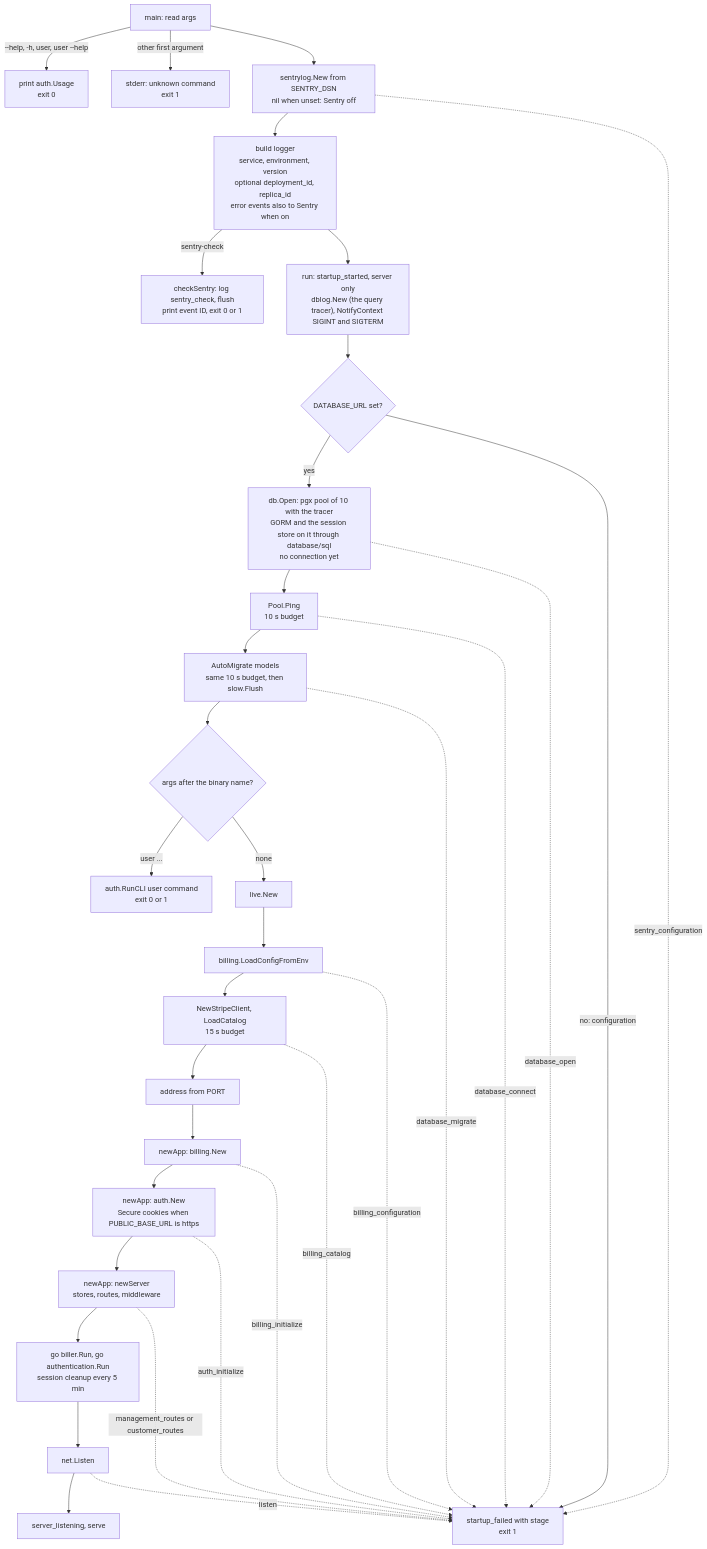
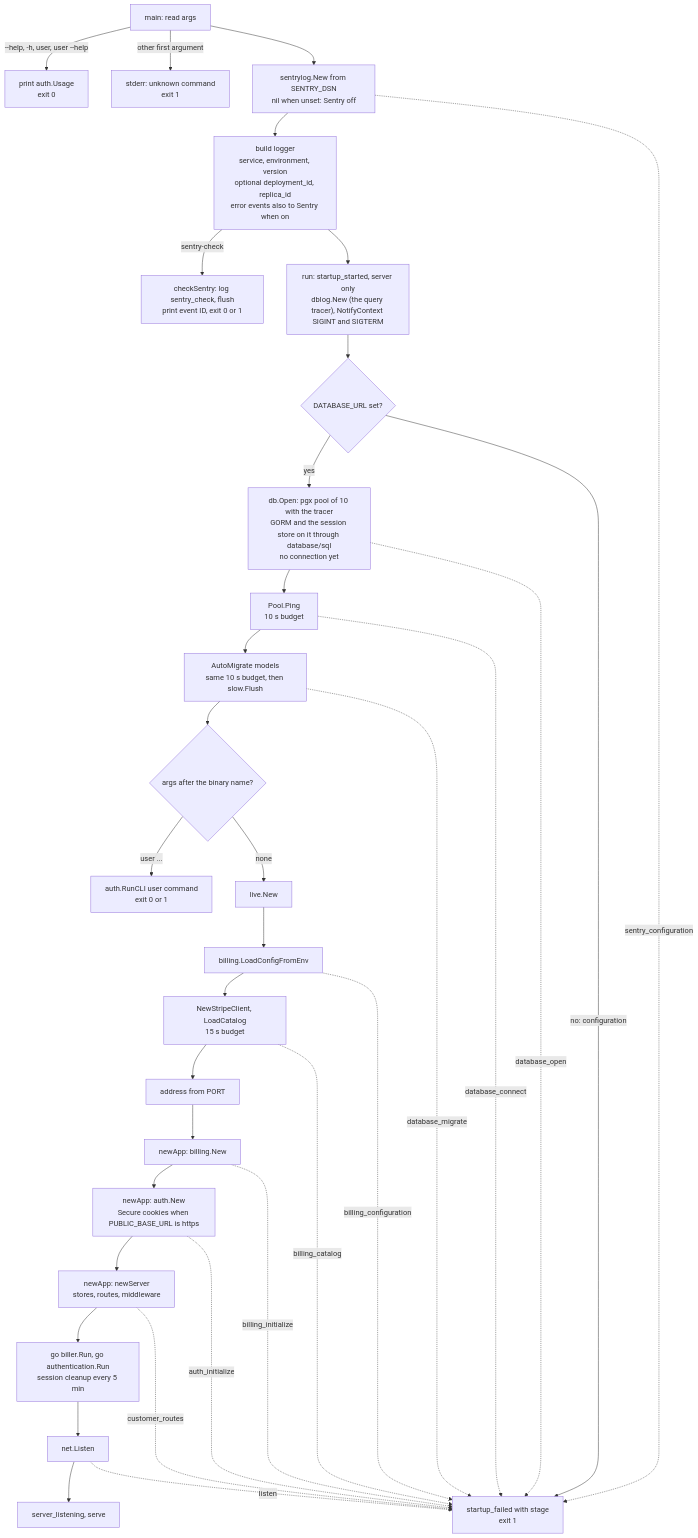
One commit to devGabriel131/ProjectHermes changed the first of 2 diagrams in docs/operations/startup-shutdown.md. Above: the diagram before and after it, drawn with Mermaid. The commit also changed 18 other files, not shown here.

````diff
--- a/docs/operations/startup-shutdown.md
+++ b/docs/operations/startup-shutdown.md
@@ -7,46 +7,46 @@
 ```mermaid
 flowchart TD
   args["main: read args"]
   help["print auth.Usage\nexit 0"]
   unknown["stderr: unknown command\nexit 1"]
   reporter["sentrylog.New from SENTRY_DSN\nnil when unset: Sentry off"]
   logger["build logger\nservice, environment, version\noptional deployment_id, replica_id\nerror events also to Sentry when on"]
   check["checkSentry: log sentry_check, flush\nprint event ID, exit 0 or 1"]
   begin["run: startup_started, server only\ndblog.New (the query tracer), NotifyContext SIGINT and SIGTERM"]
   dsn{"DATABASE_URL set?"}
   open["db.Open: pgx pool of 10 with the tracer\nGORM and the session store on it through database/sql\nno connection yet"]
   ping["Pool.Ping\n10 s budget"]
   migrate["AutoMigrate models\nsame 10 s budget, then slow.Flush"]
   branch{"args after the binary name?"}
   cli["auth.RunCLI user command\nexit 0 or 1"]
   feed["live.New"]
   cfg["billing.LoadConfigFromEnv"]
   catalog["NewStripeClient, LoadCatalog\n15 s budget"]
   biller["newApp: billing.New"]
   authm["newApp: auth.New\nSecure cookies when PUBLIC_BASE_URL is https"]
   addr["address from PORT"]
   server["newApp: newServer\nstores, routes, middleware"]
   worker["go biller.Run, go authentication.Run\nsession cleanup every 5 min"]
   listen["net.Listen"]
   serve["server_listening, serve"]
   fail["startup_failed with stage\nexit 1"]
 
   args -->|"--help, -h, user, user --help"| help
   args -->|"other first argument"| unknown
   args --> reporter --> logger --> begin --> dsn
   reporter -.->|"sentry_configuration"| fail
   logger -->|"sentry-check"| check
   dsn -->|"no: configuration"| fail
   dsn -->|"yes"| open --> ping --> migrate --> branch
   open -.->|"database_open"| fail
   ping -.->|"database_connect"| fail
   migrate -.->|"database_migrate"| fail
   branch -->|"user ..."| cli
   branch -->|"none"| feed --> cfg --> catalog --> addr --> biller --> authm --> server --> worker --> listen --> serve
   cfg -.->|"billing_configuration"| fail
   catalog -.->|"billing_catalog"| fail
   biller -.->|"billing_initialize"| fail
   authm -.->|"auth_initialize"| fail
-  server -.->|"management_routes or customer_routes"| fail
+  server -.->|"customer_routes"| fail
   listen -.->|"listen"| fail
 ```
````
